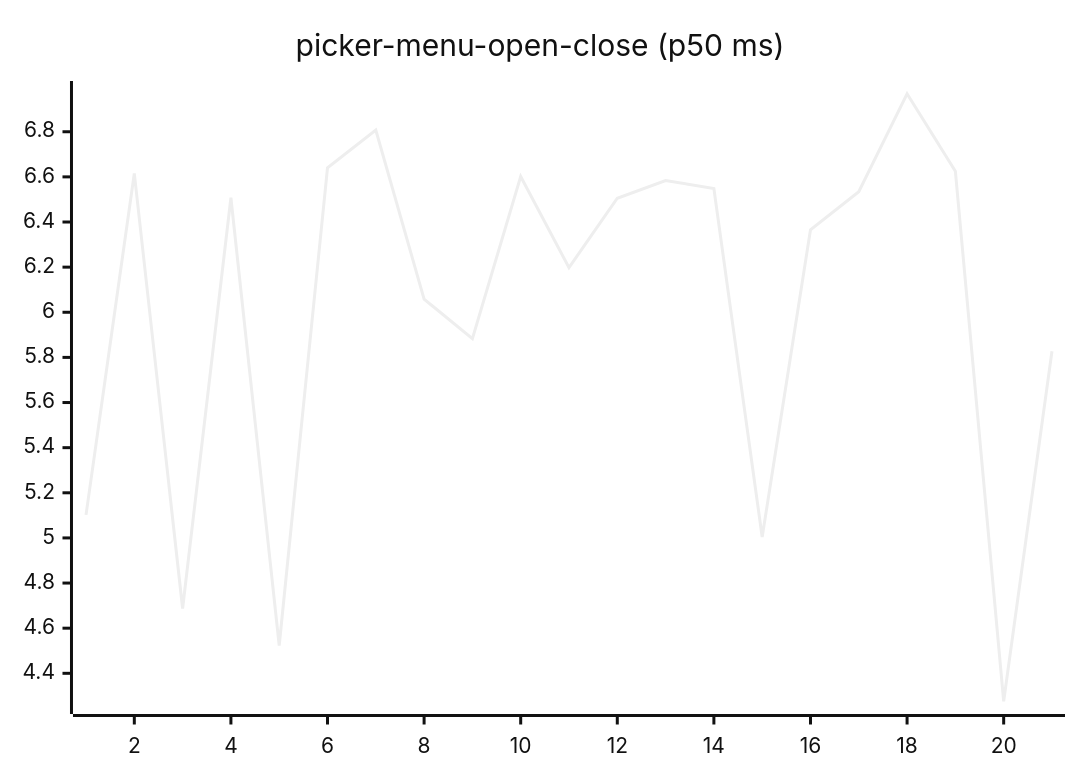
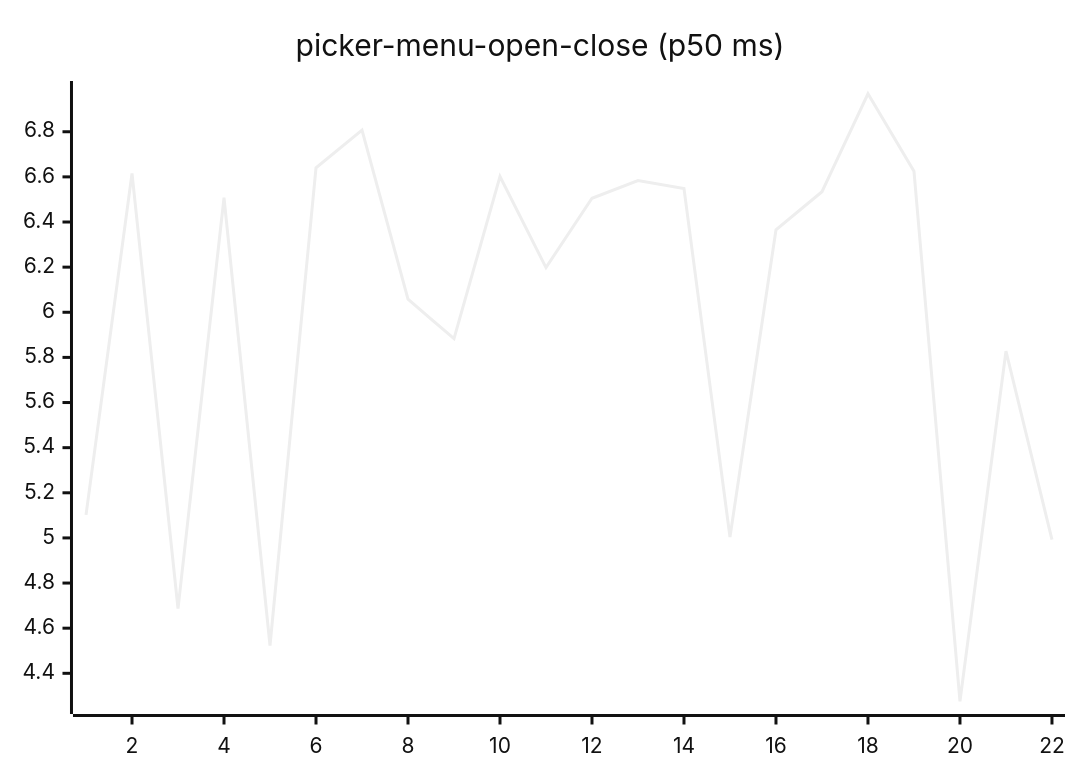
One commit to josha/Facet changed diagram 16 of 27 in README.md. Above: the diagram before and after it, drawn with Mermaid (neutral theme). The commit also changed other lines of this file and 2 other files, not shown here.

````diff
--- a/README.md
+++ b/README.md
@@ -168,6 +168,6 @@
 ```mermaid
 xychart-beta
     title "picker-menu-open-close (p50 ms)"
-    x-axis 1 --> 21
-    line [5.1020, 6.6154, 4.6873, 6.5076, 4.5232, 6.6400, 6.8077, 6.0581, 5.8829, 6.6018, 6.1978, 6.5053, 6.5840, 6.5483, 5.0039, 6.3653, 6.5343, 6.9684, 6.6249, 4.2762, 5.8275]
+    x-axis 1 --> 22
+    line [5.1020, 6.6154, 4.6873, 6.5076, 4.5232, 6.6400, 6.8077, 6.0581, 5.8829, 6.6018, 6.1978, 6.5053, 6.5840, 6.5483, 5.0039, 6.3653, 6.5343, 6.9684, 6.6249, 4.2762, 5.8275, 4.9929]
 ```
````
